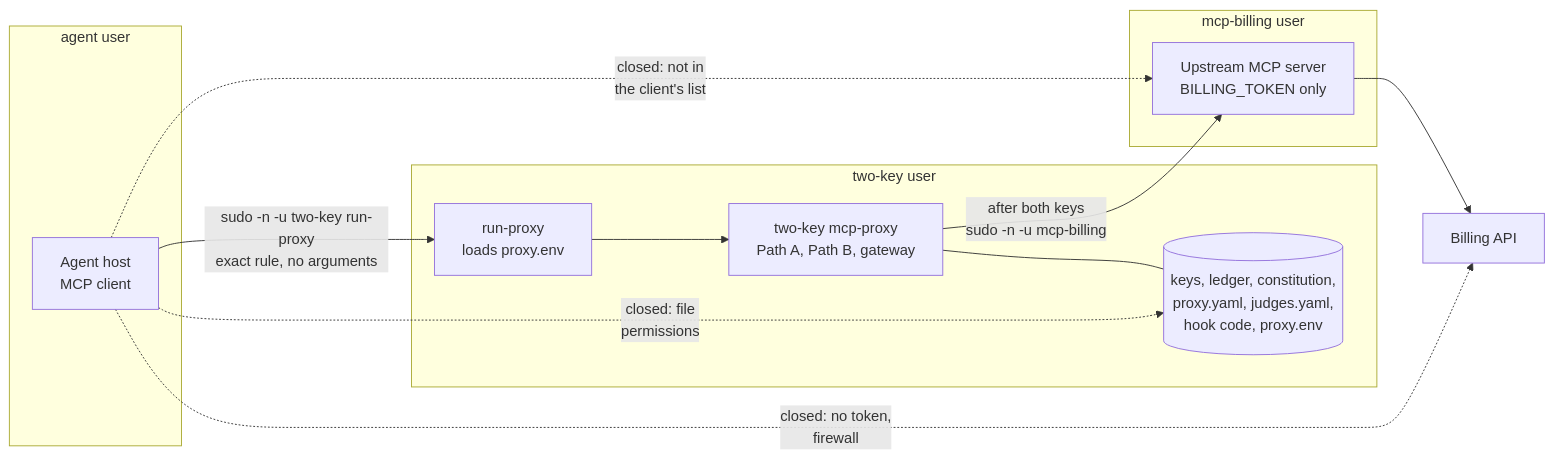
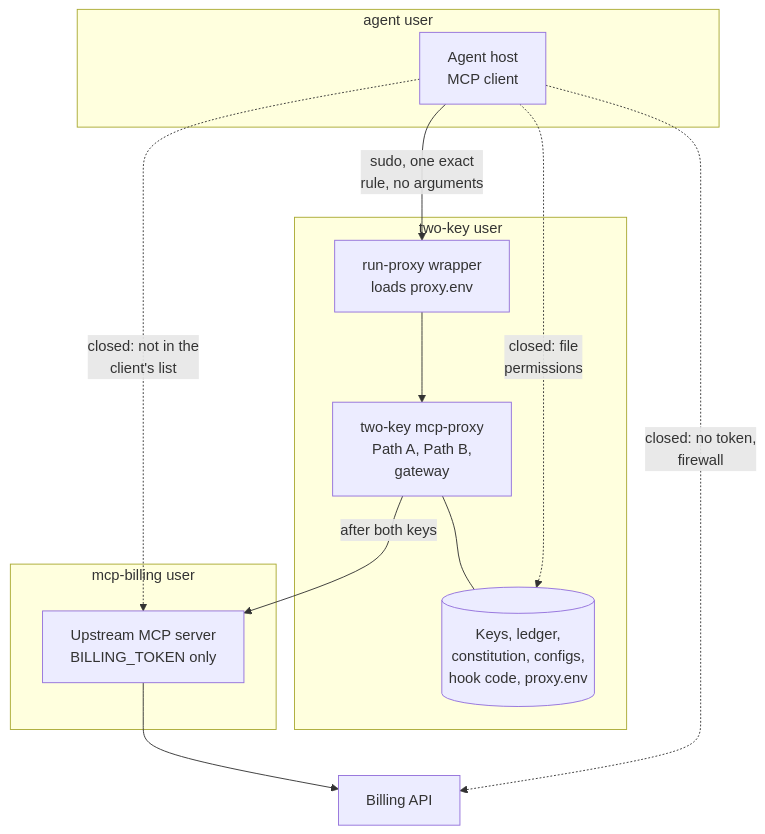
Before and after one commit to Insomniac-VibeLabs/two-key: the second of 5 diagrams in docs/CONNECTING.md, drawn with Mermaid. The commit also changed other lines of this file and 12 other files, not shown here.

First line of the commit message:
Redraw every diagram to one house style, checked by a test (#29)

````diff
--- a/docs/CONNECTING.md
+++ b/docs/CONNECTING.md
@@ -127,20 +129,20 @@
 ```mermaid
-flowchart LR
+flowchart TD
   subgraph agentuser["agent user"]
     host["Agent host<br/>MCP client"]
   end
   subgraph tkuser["two-key user"]
-    wrapper["run-proxy<br/>loads proxy.env"] --> proxy["two-key mcp-proxy<br/>Path A, Path B, gateway"]
-    secrets[("keys, ledger, constitution,<br/>proxy.yaml, judges.yaml,<br/>hook code, proxy.env")]
+    wrapper["run-proxy wrapper<br/>loads proxy.env"] --> proxy["two-key mcp-proxy<br/>Path A, Path B,<br/>gateway"]
+    secrets[("Keys, ledger,<br/>constitution, configs,<br/>hook code, proxy.env")]
     proxy --- secrets
   end
   subgraph upuser["mcp-billing user"]
     up["Upstream MCP server<br/>BILLING_TOKEN only"]
   end
-  host -- "sudo -n -u two-key run-proxy<br/>exact rule, no arguments" --> wrapper
-  proxy -- "after both keys<br/>sudo -n -u mcp-billing" --> up
+  host -- "sudo, one exact<br/>rule, no arguments" --> wrapper
+  proxy -- "after both keys" --> up
   up --> api["Billing API"]
   host -. "closed: no token,<br/>firewall" .-> api
-  host -. "closed: not in<br/>the client's list" .-> up
+  host -. "closed: not in the<br/>client's list" .-> up
   host -. "closed: file<br/>permissions" .-> secrets
 ```
````
